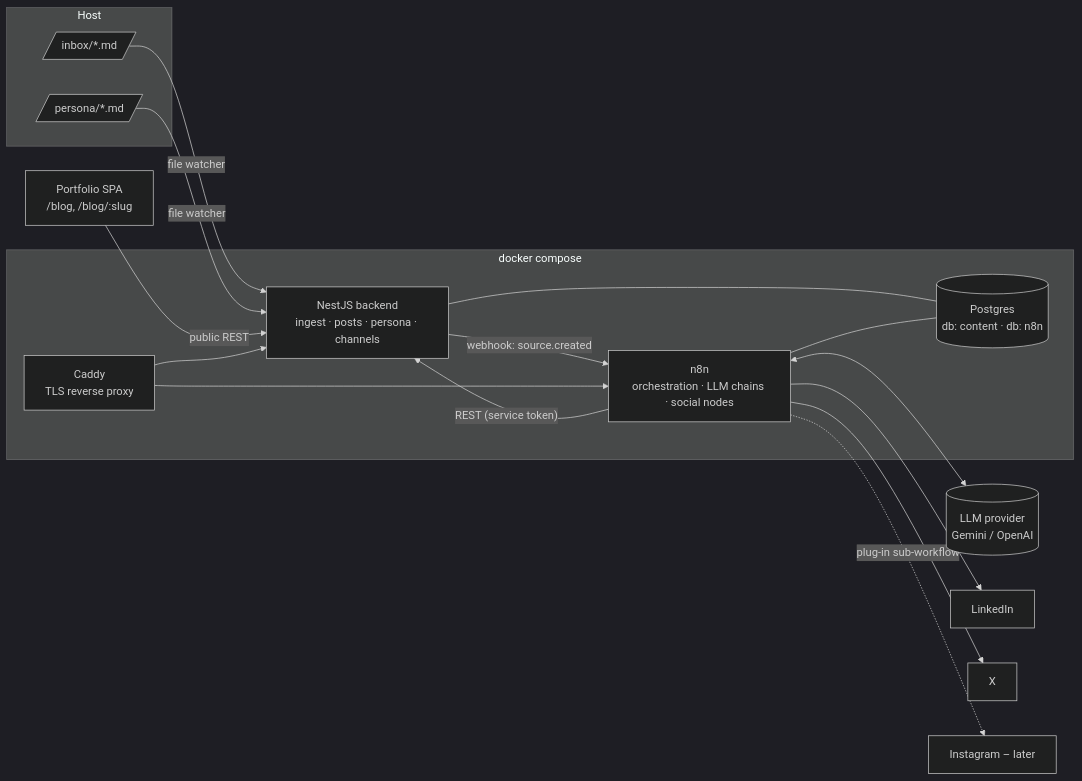
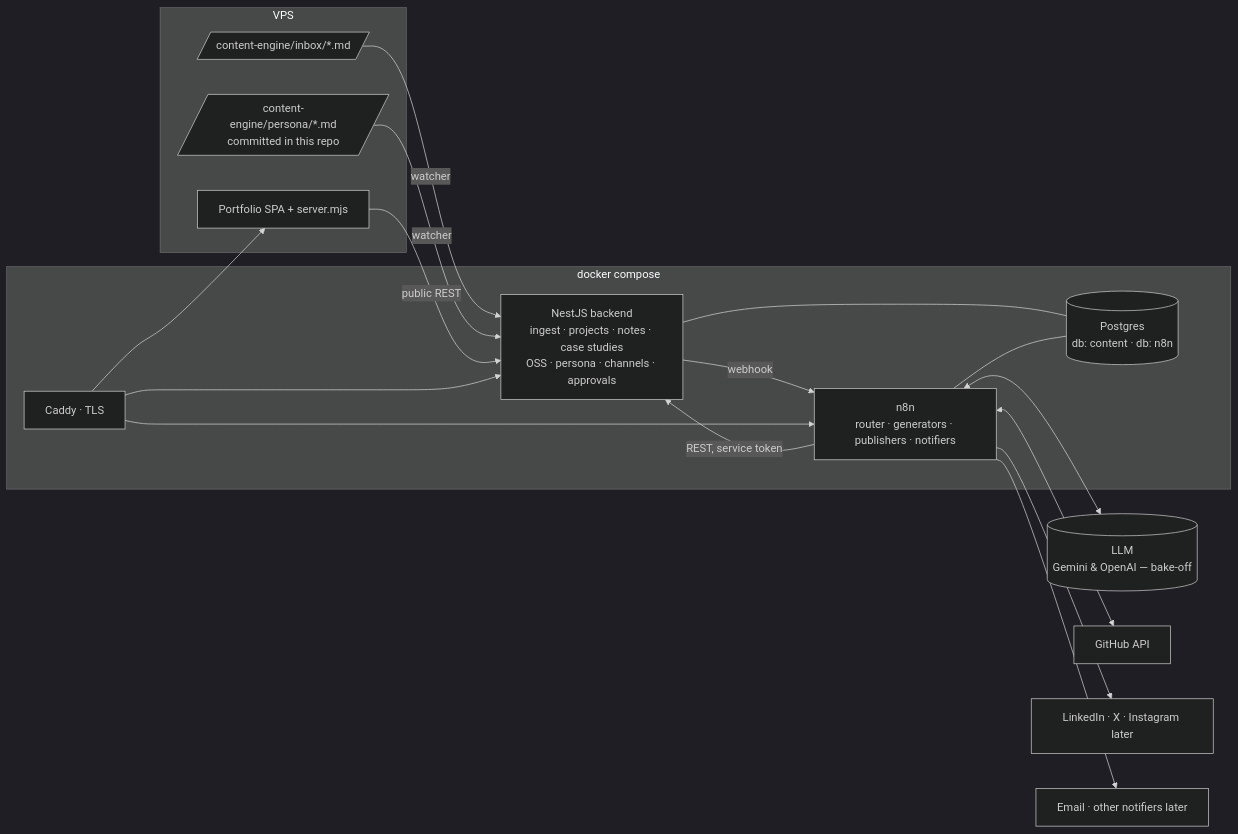
The diagram in docs/content-automation-plan.md (callmehalpha/callmehalpha-portfolio), drawn with Mermaid (dark theme) before and after one commit. The commit also changed other lines of this file, not shown here.

First line of the commit message:
docs: update content engine plan with decisions, case studies and OSS pipelines

````diff
--- a/docs/content-automation-plan.md
+++ b/docs/content-automation-plan.md
@@ -20,32 +26,33 @@
 ```mermaid
 flowchart LR
-  subgraph Host
-    INBOX[/inbox/*.md/]
-    PERSONA[/persona/*.md/]
+  subgraph Host["VPS"]
+    INBOX[/content-engine/inbox/*.md/]
+    PERSONA[/content-engine/persona/*.md<br/>committed in this repo/]
+    SITE[Portfolio SPA + server.mjs]
   end
 
   subgraph Docker["docker compose"]
-    API[NestJS backend<br/>ingest · posts · persona · channels]
-    N8N[n8n<br/>orchestration · LLM chains · social nodes]
+    API[NestJS backend<br/>ingest · projects · notes · case studies<br/>OSS · persona · channels · approvals]
+    N8N[n8n<br/>router · generators · publishers · notifiers]
     PG[(Postgres<br/>db: content · db: n8n)]
-    PROXY[Caddy<br/>TLS reverse proxy]
+    PROXY[Caddy · TLS]
   end
 
-  LLM[(LLM provider<br/>Gemini / OpenAI)]
-  LI[LinkedIn]
-  X[X]
-  IG[Instagram – later]
-  WEB[Portfolio SPA<br/>/blog, /blog/:slug]
+  LLM[(LLM<br/>Gemini & OpenAI — bake-off)]
+  GH[GitHub API]
+  SOC[LinkedIn · X · Instagram later]
+  MAIL[Email · other notifiers later]
 
-  INBOX -- file watcher --> API
-  PERSONA -- file watcher --> API
-  API -- webhook: source.created --> N8N
-  N8N -- REST (service token) --> API
+  INBOX -- watcher --> API
+  PERSONA -- watcher --> API
+  API -- webhook --> N8N
+  N8N -- REST, service token --> API
   N8N <--> LLM
-  N8N --> LI & X
-  N8N -. plug-in sub-workflow .-> IG
+  N8N <--> GH
+  N8N --> SOC
+  N8N --> MAIL
   API --- PG
   N8N --- PG
-  WEB -- public REST --> API
-  PROXY --> API & N8N
+  SITE -- public REST --> API
+  PROXY --> API & N8N & SITE
 ```
````
